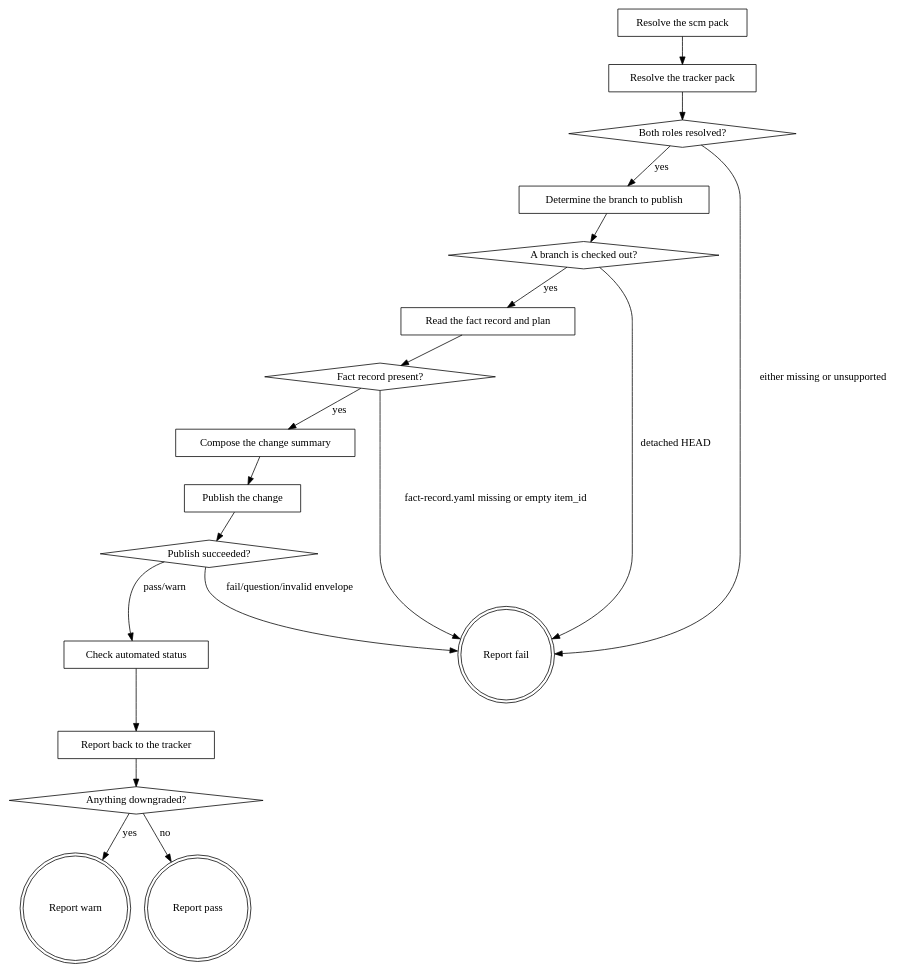
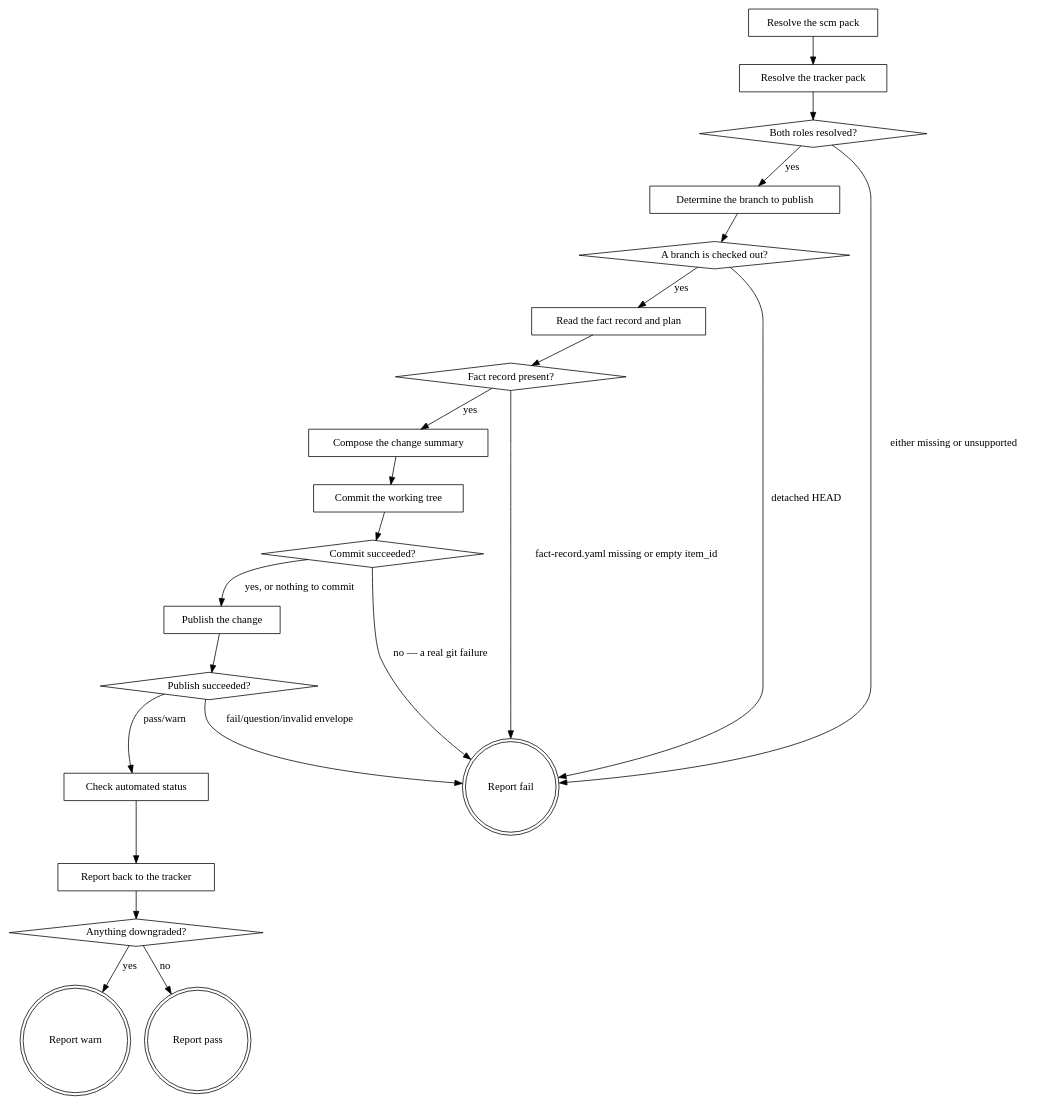
One commit to agenticDraft/aem-eds-ai-workflow-demo changed the diagram in plugins/eds/skills/eds-deliver/SKILL.md. Above: the diagram before and after it, drawn with Graphviz. The commit also changed other lines of this file and 1 other file, not shown here.

First line of the commit message:
Phase 6 / Task 1 — wire run-route's item-id argument, fix its pack-path convention (closes G38); commit implement's edits before deliver pushes (closes G66)

````diff
--- a/plugins/eds/skills/eds-deliver/SKILL.md
+++ b/plugins/eds/skills/eds-deliver/SKILL.md
@@ -43,39 +43,44 @@
 ```dot
 digraph eds_deliver {
     "Resolve the scm pack" [shape=box];
     "Resolve the tracker pack" [shape=box];
     "Both roles resolved?" [shape=diamond];
     "Determine the branch to publish" [shape=box];
     "A branch is checked out?" [shape=diamond];
     "Read the fact record and plan" [shape=box];
     "Fact record present?" [shape=diamond];
     "Compose the change summary" [shape=box];
+    "Commit the working tree" [shape=box];
+    "Commit succeeded?" [shape=diamond];
     "Publish the change" [shape=box];
     "Publish succeeded?" [shape=diamond];
     "Check automated status" [shape=box];
     "Report back to the tracker" [shape=box];
     "Anything downgraded?" [shape=diamond];
     "Report fail" [shape=doublecircle];
     "Report warn" [shape=doublecircle];
     "Report pass" [shape=doublecircle];
 
     "Resolve the scm pack" -> "Resolve the tracker pack";
     "Resolve the tracker pack" -> "Both roles resolved?";
     "Both roles resolved?" -> "Determine the branch to publish" [label="yes"];
     "Both roles resolved?" -> "Report fail" [label="either missing or unsupported"];
     "Determine the branch to publish" -> "A branch is checked out?";
     "A branch is checked out?" -> "Read the fact record and plan" [label="yes"];
     "A branch is checked out?" -> "Report fail" [label="detached HEAD"];
     "Read the fact record and plan" -> "Fact record present?";
     "Fact record present?" -> "Compose the change summary" [label="yes"];
     "Fact record present?" -> "Report fail" [label="fact-record.yaml missing or empty item_id"];
-    "Compose the change summary" -> "Publish the change";
+    "Compose the change summary" -> "Commit the working tree";
+    "Commit the working tree" -> "Commit succeeded?";
+    "Commit succeeded?" -> "Publish the change" [label="yes, or nothing to commit"];
+    "Commit succeeded?" -> "Report fail" [label="no — a real git failure"];
     "Publish the change" -> "Publish succeeded?";
     "Publish succeeded?" -> "Check automated status" [label="pass/warn"];
     "Publish succeeded?" -> "Report fail" [label="fail/question/invalid envelope"];
     "Check automated status" -> "Report back to the tracker";
     "Report back to the tracker" -> "Anything downgraded?";
     "Anything downgraded?" -> "Report warn" [label="yes"];
     "Anything downgraded?" -> "Report pass" [label="no"];
 }
 ```
````
